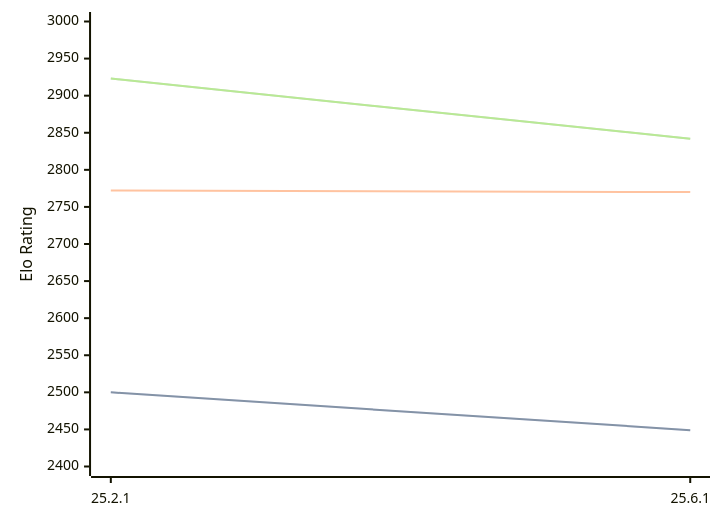
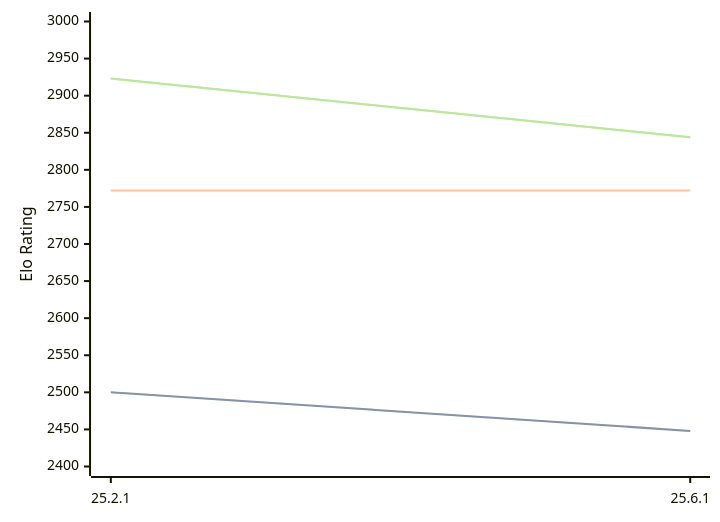
One commit to computer-chess-index/cci changed the diagram in engines/Crafty.md. Above: the diagram before and after it, drawn with Mermaid. The commit also changed other lines of this file, not shown here.

Commit message:
Update CCI Ratings (ELO VLTC) - 2026-07-26

````diff
--- a/engines/Crafty.md
+++ b/engines/Crafty.md
@@ -32,11 +32,11 @@
 ```mermaid
 %%{init: {"theme":"base","themeVariables":{"seriesColors:['#a3a3a3','#222221','#faa371']}}}%%
 xychart-beta
   x-axis ["25.2.1", "25.6.1"]
   y-axis "Elo Rating" 2400 --> 3000
-  line "STC (8.0+0.08s)" [2500, 2449]
-  line "STC (8.0+0.08s)" [2500, 2449]
-  line "LTC (60.0+0.60s)" [2772, 2770]
-  line "VLTC (2m24s+1.12s)" [2923, 2842]
-  line "VLTC (2m24s+1.12s)" [2923, 2842]
+  line "STC (8.0+0.08s)" [2500, 2448]
+  line "STC (8.0+0.08s)" [2500, 2448]
+  line "LTC (60.0+0.60s)" [2772, 2772]
+  line "VLTC (2m24s+1.12s)" [2923, 2844]
+  line "VLTC (2m24s+1.12s)" [2923, 2844]
 ```
````
